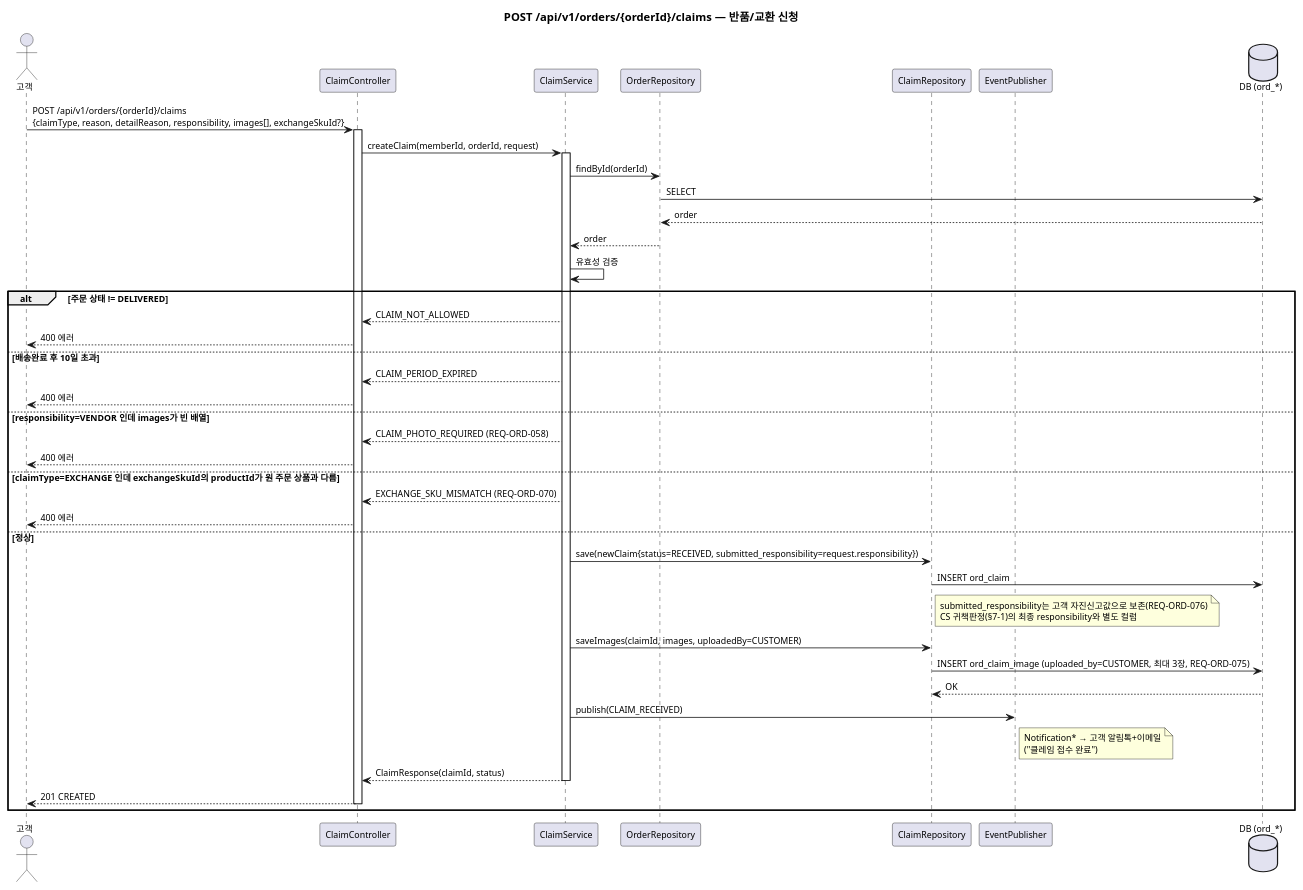
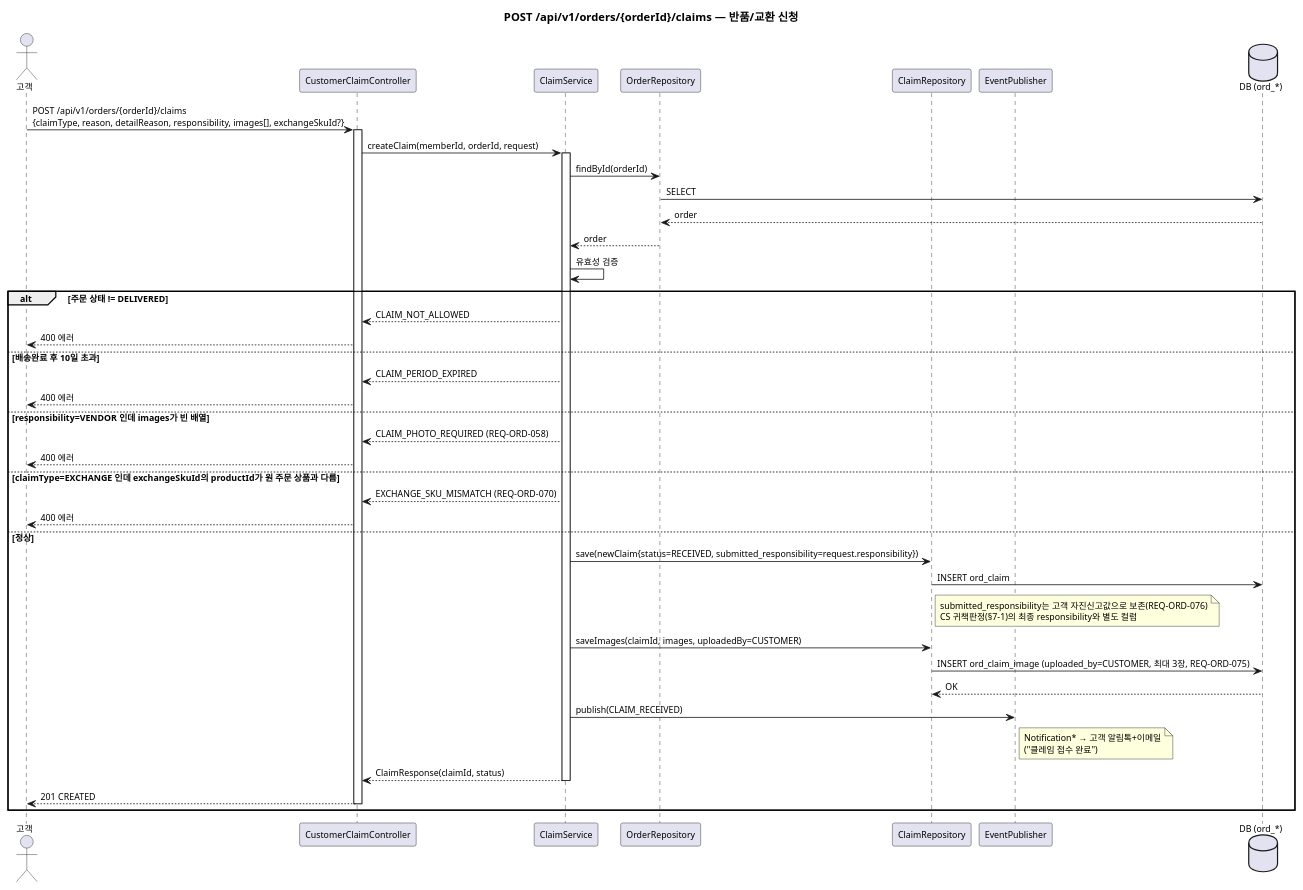
Before and after one commit to parknahyun/runNShop: the eighth of 26 diagrams in docs/자산화-단계별/S3-상세설계/DM-시퀀스(Order-Payment).md, drawn with PlantUML. The commit also changed other lines of this file and 2 other files, not shown here.

````diff
--- a/docs/자산화-단계별/S3-상세설계/DM-시퀀스(Order-Payment).md
+++ b/docs/자산화-단계별/S3-상세설계/DM-시퀀스(Order-Payment).md
@@ -395,57 +425,57 @@
 ```plantuml
 @startuml
 skinparam backgroundColor transparent
 skinparam defaultFontSize 11
 title POST /api/v1/orders/{orderId}/claims — 반품/교환 신청
 
 actor 고객 as Client
-participant "ClaimController" as CC
+participant "CustomerClaimController" as CC
 participant "ClaimService" as CS
 participant "OrderRepository" as OR
 participant "ClaimRepository" as CR
 participant "EventPublisher" as EP
 database "DB (ord_*)" as DB
 
 Client -> CC : POST /api/v1/orders/{orderId}/claims\n{claimType, reason, detailReason, responsibility, images[], exchangeSkuId?}
 activate CC
 
 CC -> CS : createClaim(memberId, orderId, request)
 activate CS
 
 CS -> OR : findById(orderId)
 OR -> DB : SELECT
 DB --> OR : order
 OR --> CS : order
 
 CS -> CS : 유효성 검증
 alt 주문 상태 != DELIVERED
   CS --> CC : CLAIM_NOT_ALLOWED
   CC --> Client : 400 에러
 else 배송완료 후 10일 초과
   CS --> CC : CLAIM_PERIOD_EXPIRED
   CC --> Client : 400 에러
 else responsibility=VENDOR 인데 images가 빈 배열
   CS --> CC : CLAIM_PHOTO_REQUIRED (REQ-ORD-058)
   CC --> Client : 400 에러
 else claimType=EXCHANGE 인데 exchangeSkuId의 productId가 원 주문 상품과 다름
   CS --> CC : EXCHANGE_SKU_MISMATCH (REQ-ORD-070)
   CC --> Client : 400 에러
 else 정상
   CS -> CR : save(newClaim{status=RECEIVED, submitted_responsibility=request.responsibility})
   CR -> DB : INSERT ord_claim
   note right of CR: submitted_responsibility는 고객 자진신고값으로 보존(REQ-ORD-076)\nCS 귀책판정(§7-1)의 최종 responsibility와 별도 컬럼
   CS -> CR : saveImages(claimId, images, uploadedBy=CUSTOMER)
   CR -> DB : INSERT ord_claim_image (uploaded_by=CUSTOMER, 최대 3장, REQ-ORD-075)
   DB --> CR : OK
 
   CS -> EP : publish(CLAIM_RECEIVED)
   note right of EP: Notification* → 고객 알림톡+이메일\n("클레임 접수 완료")
 
   CS --> CC : ClaimResponse(claimId, status)
   deactivate CS
   CC --> Client : 201 CREATED
   deactivate CC
 end
 
 @enduml
 ```
````
